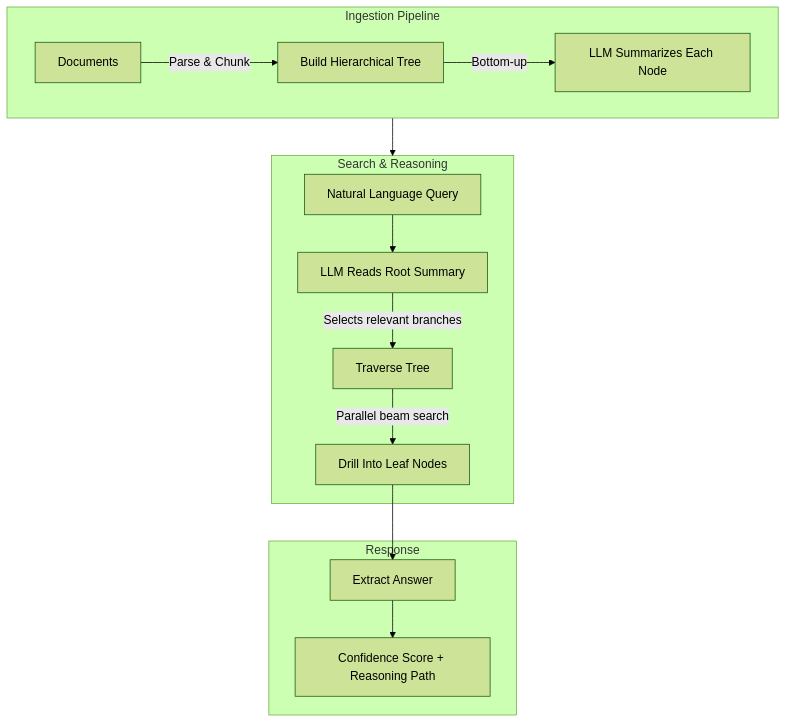
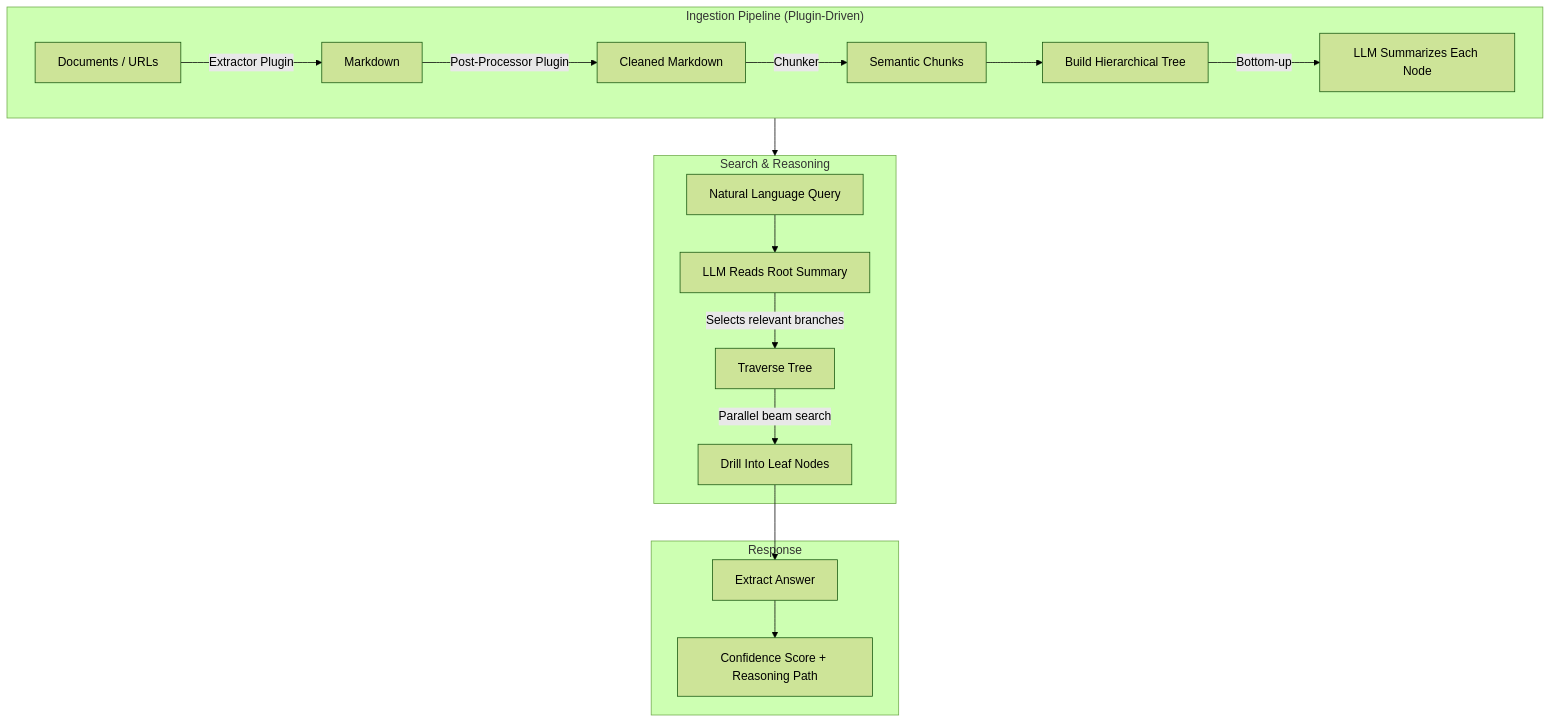
The diagram in README.md (brainfish-ai/ReasonDB), drawn with Mermaid (forest theme) before and after one commit. The commit also changed other lines of this file and 46 other files, not shown here.

````diff
--- a/README.md
+++ b/README.md
@@ -171,20 +168,23 @@
 ```mermaid
 flowchart TD
-    subgraph Ingestion["Ingestion Pipeline"]
-        A["Documents"] -->|Parse & Chunk| B["Build Hierarchical Tree"]
-        B -->|Bottom-up| C["LLM Summarizes Each Node"]
+    subgraph Ingestion["Ingestion Pipeline (Plugin-Driven)"]
+        A["Documents / URLs"] -->|Extractor Plugin| B["Markdown"]
+        B -->|Post-Processor Plugin| C["Cleaned Markdown"]
+        C -->|Chunker| D["Semantic Chunks"]
+        D --> E["Build Hierarchical Tree"]
+        E -->|Bottom-up| F["LLM Summarizes Each Node"]
     end
 
     subgraph Search["Search & Reasoning"]
-        D["Natural Language Query"] --> E["LLM Reads Root Summary"]
-        E -->|Selects relevant branches| F["Traverse Tree"]
-        F -->|Parallel beam search| G["Drill Into Leaf Nodes"]
+        G["Natural Language Query"] --> H["LLM Reads Root Summary"]
+        H -->|Selects relevant branches| I["Traverse Tree"]
+        I -->|Parallel beam search| J["Drill Into Leaf Nodes"]
     end
 
     subgraph Result["Response"]
-        G --> H["Extract Answer"]
-        H --> I["Confidence Score + Reasoning Path"]
+        J --> K["Extract Answer"]
+        K --> L["Confidence Score + Reasoning Path"]
     end
 
     Ingestion --> Search
 ```
````
